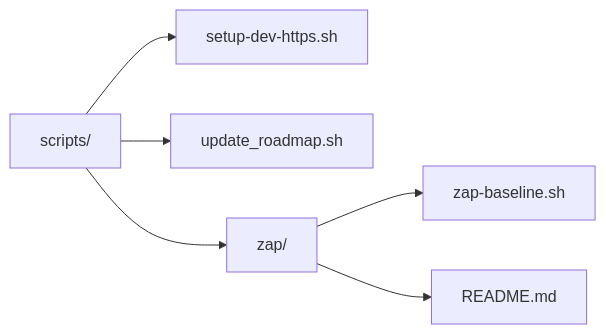
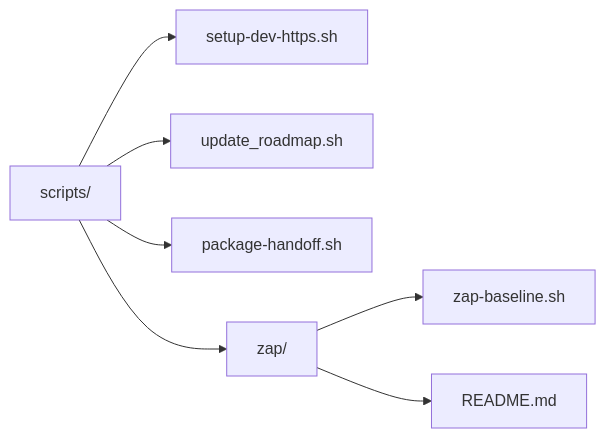
Before and after one commit to BradleyMatera/car-match: the diagram in scripts/README.md, drawn with Mermaid. The commit also changed other lines of this file and 27 other files, not shown here.

````diff
--- a/scripts/README.md
+++ b/scripts/README.md
@@ -5,8 +5,9 @@
 ```mermaid
 graph LR
   Root[scripts/] --> HTTPS[setup-dev-https.sh]
   Root --> Roadmap[update_roadmap.sh]
+  Root --> Package[package-handoff.sh]
   Root --> ZAPDir[zap/]
   ZAPDir --> Baseline[zap-baseline.sh]
   ZAPDir --> Doc[README.md]
 ```
````
